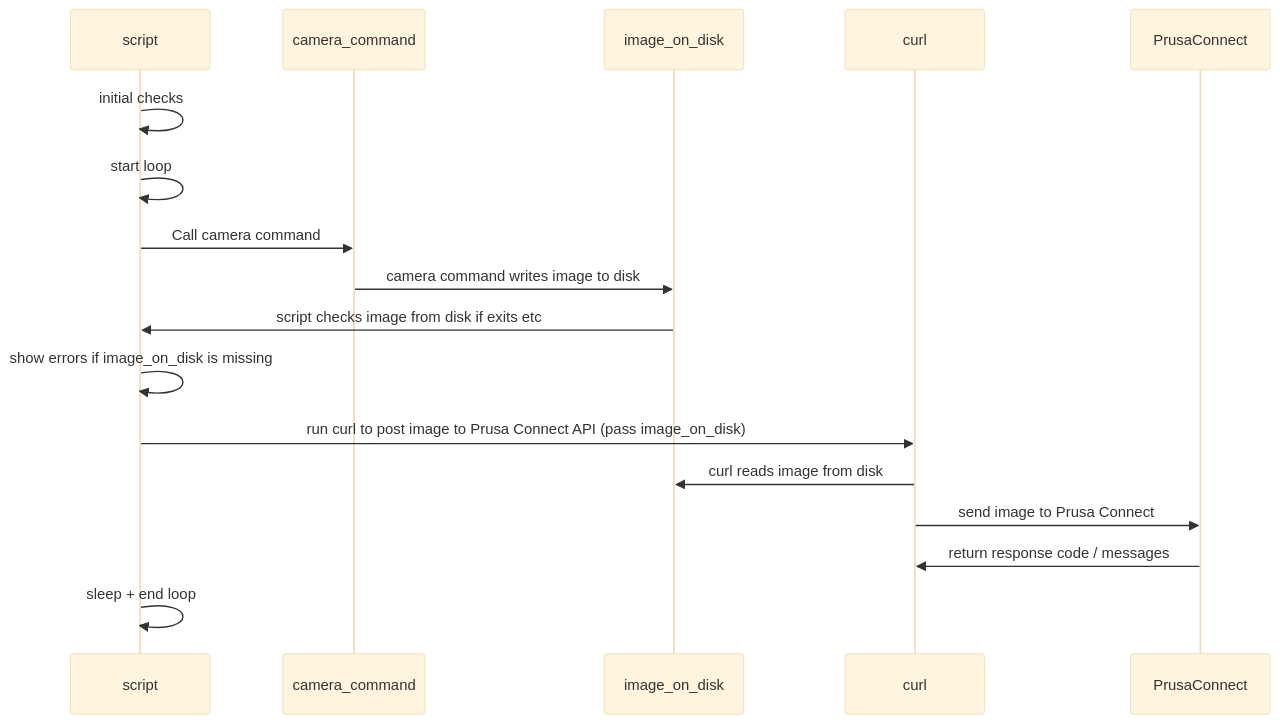
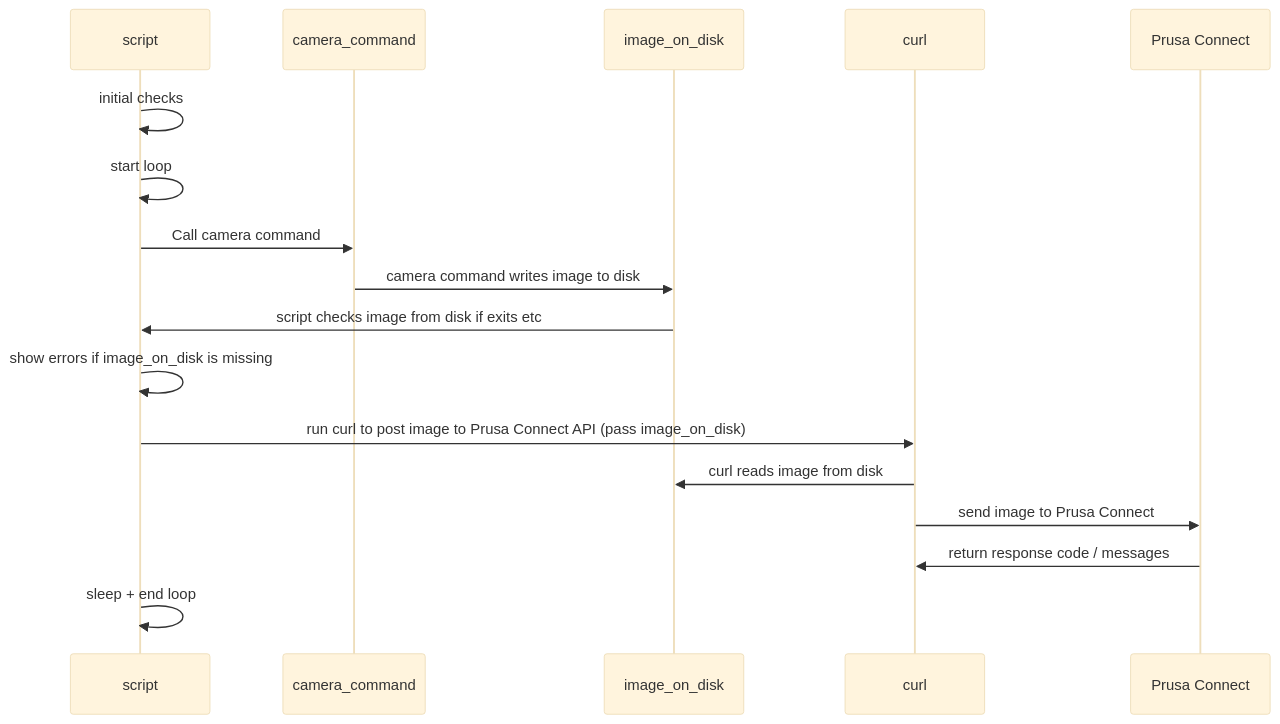
Before and after one commit to nvtkaszpir/prusa-connect-camera-script: the diagram in docs/index.md, drawn with Mermaid (base theme). The commit also changed 22 other files, not shown here.

````diff
--- a/docs/index.md
+++ b/docs/index.md
@@ -19,15 +19,15 @@
 ```mermaid
 sequenceDiagram
     script->>script: initial checks
     script->>script: start loop
     script->>camera_command: Call camera command
     camera_command->>image_on_disk: camera command writes image to disk
     image_on_disk->>script: script checks image from disk if exits etc
     script->>script: show errors if image_on_disk is missing
     script->>curl: run curl to post image to Prusa Connect API (pass image_on_disk)
     curl->>image_on_disk: curl reads image from disk
-    curl->>PrusaConnect: send image to Prusa Connect
-    PrusaConnect->>curl: return response code / messages
+    curl->>Prusa Connect: send image to Prusa Connect
+    Prusa Connect->>curl: return response code / messages
     script->>script: sleep + end loop
 
 ```
````
